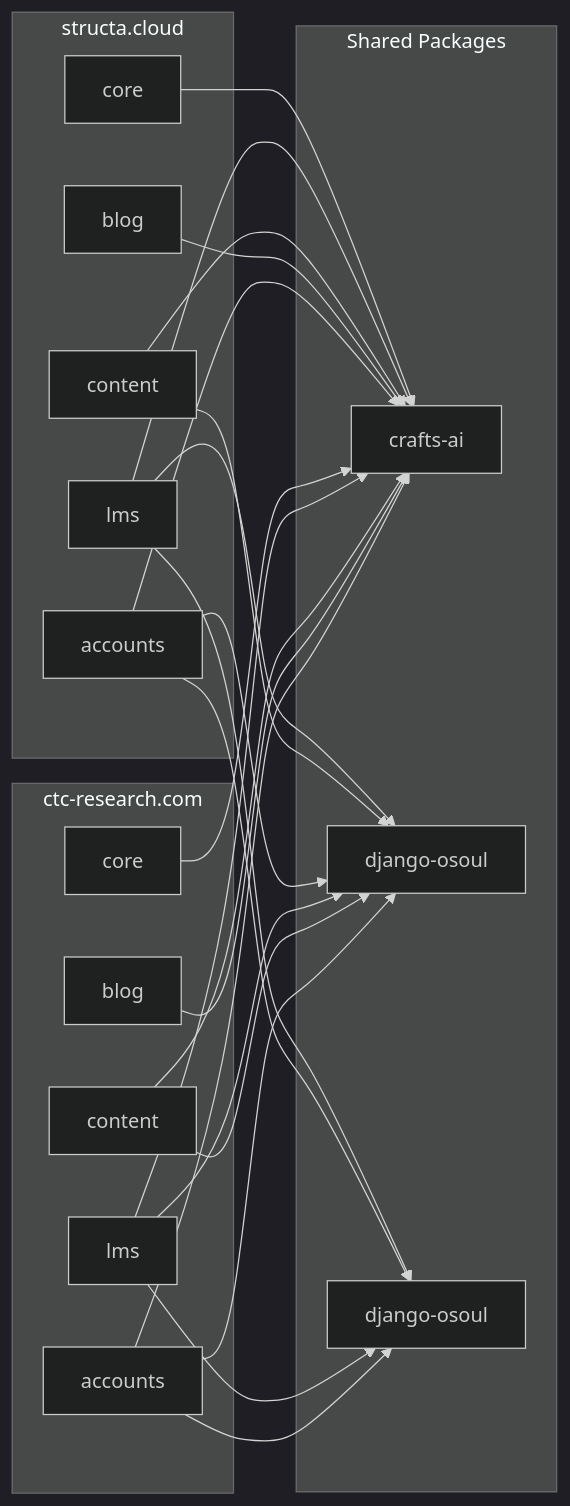
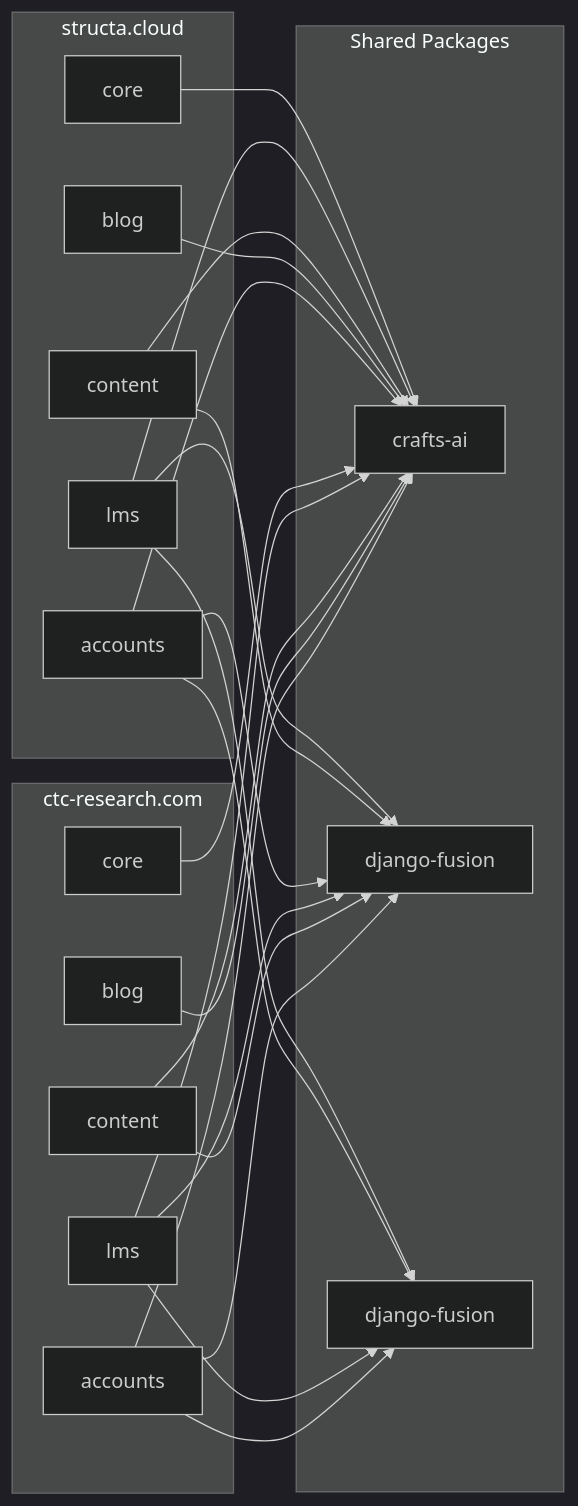
Before and after one commit to mammhoud/django-fusion: the diagram in docs/ecosystem/architecture/diagrams/app-dependencies.mmd, drawn with Mermaid (dark theme). The commit also changed 1196 other files, not shown here.

Commit message:
chore: rename django-osoul to django-fusion throughout

````diff
--- a/docs/ecosystem/architecture/diagrams/app-dependencies.mmd
+++ b/docs/ecosystem/architecture/diagrams/app-dependencies.mmd
@@ -3,50 +3,50 @@
 ```mermaid
 graph LR
     subgraph "ctc-research.com"
         ACCOUNTS[accounts]
         BLOG[blog]
         CONTENT[content]
         LMS[lms]
         CORE[core]
     end
 
     subgraph "structa.cloud"
         S_ACCOUNTS[accounts]
         S_BLOG[blog]
         S_CONTENT[content]
         S_LMS[lms]
         S_CORE[core]
     end
 
     subgraph "Shared Packages"
         RSEAL[crafts-ai]
-        OSOUL[django-osoul]
-        GREP[django-osoul]
+        OSOUL[django-fusion]
+        GREP[django-fusion]
     end
 
     ACCOUNTS --> RSEAL
     BLOG --> RSEAL
     CONTENT --> RSEAL
     LMS --> RSEAL
     CORE --> RSEAL
 
     ACCOUNTS --> OSOUL
     CONTENT --> OSOUL
     LMS --> OSOUL
 
     ACCOUNTS --> GREP
     LMS --> GREP
 
     S_ACCOUNTS --> RSEAL
     S_BLOG --> RSEAL
     S_CONTENT --> RSEAL
     S_LMS --> RSEAL
     S_CORE --> RSEAL
 
     S_ACCOUNTS --> OSOUL
     S_CONTENT --> OSOUL
     S_LMS --> OSOUL
 
     S_ACCOUNTS --> GREP
     S_LMS --> GREP
 ```
````
